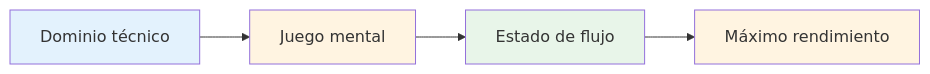
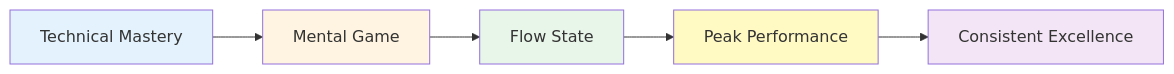
The second of 2 diagrams in docs/es/news/index.md (patwii/petanque-academy), drawn with Mermaid before and after one commit. The commit also changed other lines of this file and 10 other files, not shown here.

````diff
--- a/docs/es/news/index.md
+++ b/docs/es/news/index.md
@@ -47,11 +82,13 @@
 ```mermaid
 graph LR
-    A[Dominio técnico] --> B[Juego mental]
-    B --> C[Estado de flujo]
-    C --> D[Máximo rendimiento]
+    A[Technical Mastery] --> B[Mental Game]
+    B --> C[Flow State]
+    C --> D[Peak Performance]
+    D --> E[Consistent Excellence]
 
     style A fill:#e3f2fd
     style B fill:#fff4e1
     style C fill:#e8f5e9
-    style D fill:#fff4e1
+    style D fill:#fff9c4
+    style E fill:#f3e5f5
 ```
````
